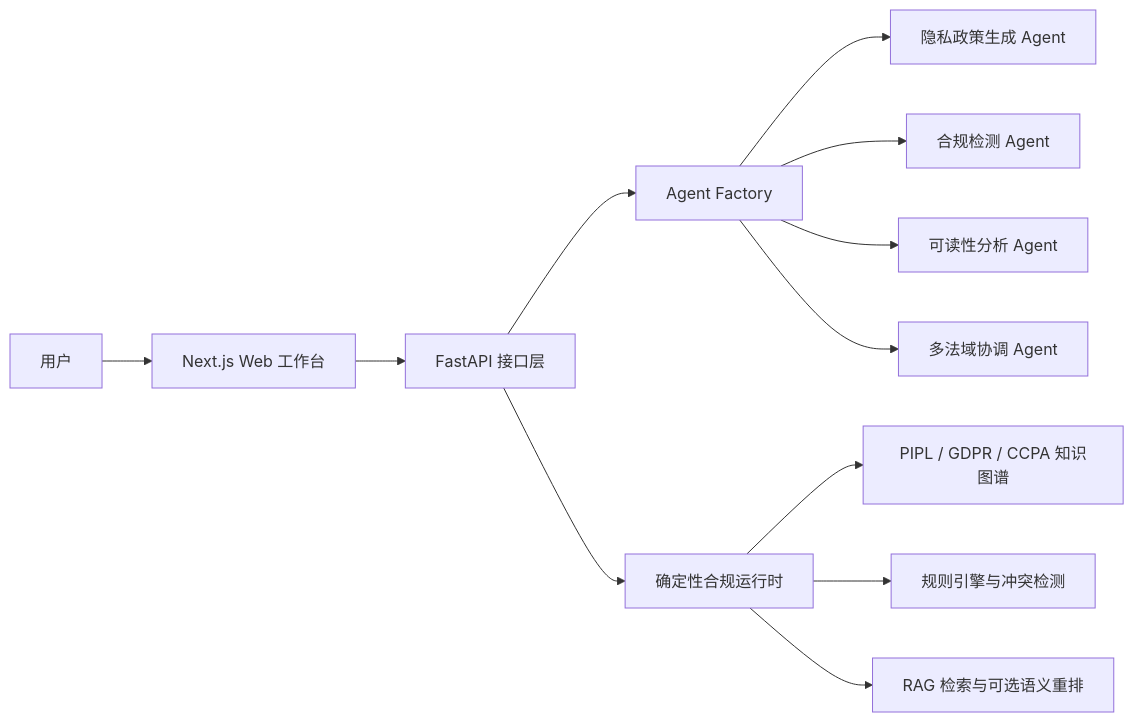
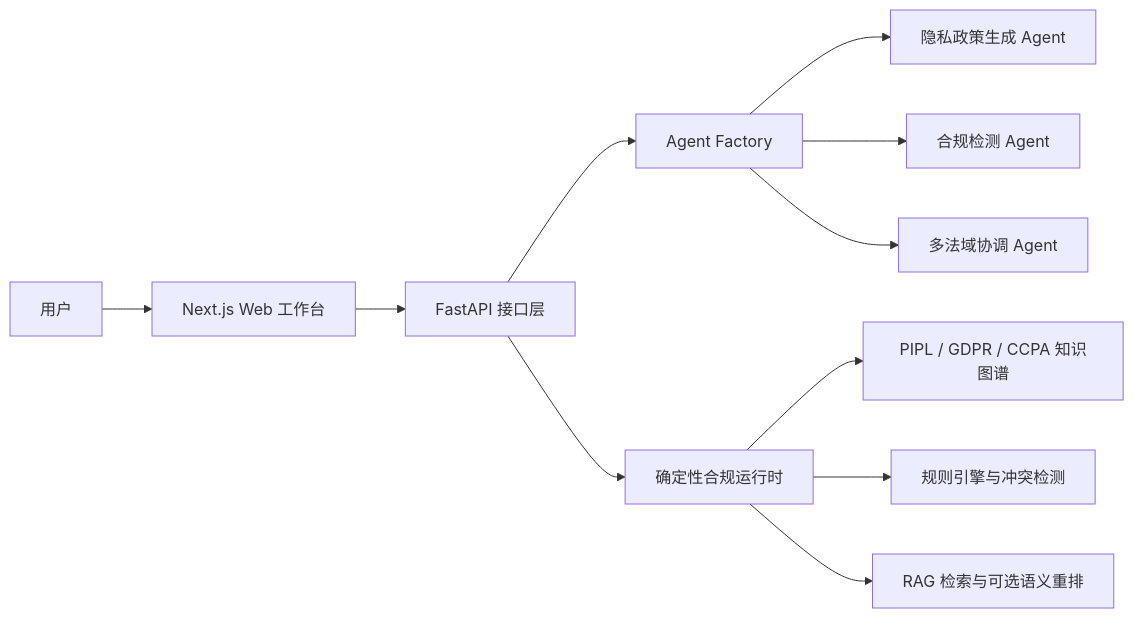
The diagram in README.md (forever0823/PrivLexa), drawn with Mermaid before and after one commit. The commit also changed other lines of this file and 14 other files, not shown here.

````diff
--- a/README.md
+++ b/README.md
@@ -39,14 +38,13 @@
 ```mermaid
 flowchart LR
     U["用户"] --> F["Next.js Web 工作台"]
     F --> API["FastAPI 接口层"]
     API --> AF["Agent Factory"]
     AF --> G["隐私政策生成 Agent"]
     AF --> C["合规检测 Agent"]
-    AF --> R["可读性分析 Agent"]
     AF --> M["多法域协调 Agent"]
     API --> RT["确定性合规运行时"]
     RT --> KG["PIPL / GDPR / CCPA 知识图谱"]
     RT --> RE["规则引擎与冲突检测"]
     RT --> RAG["RAG 检索与可选语义重排"]
 ```
````
